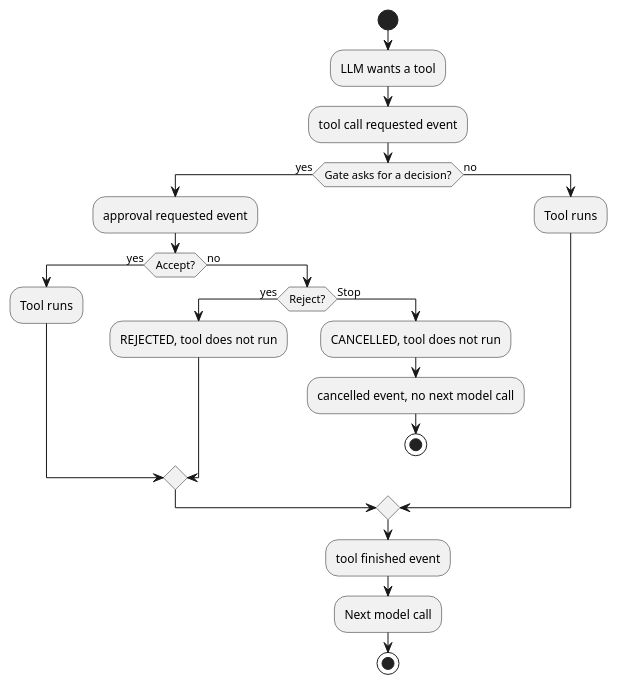
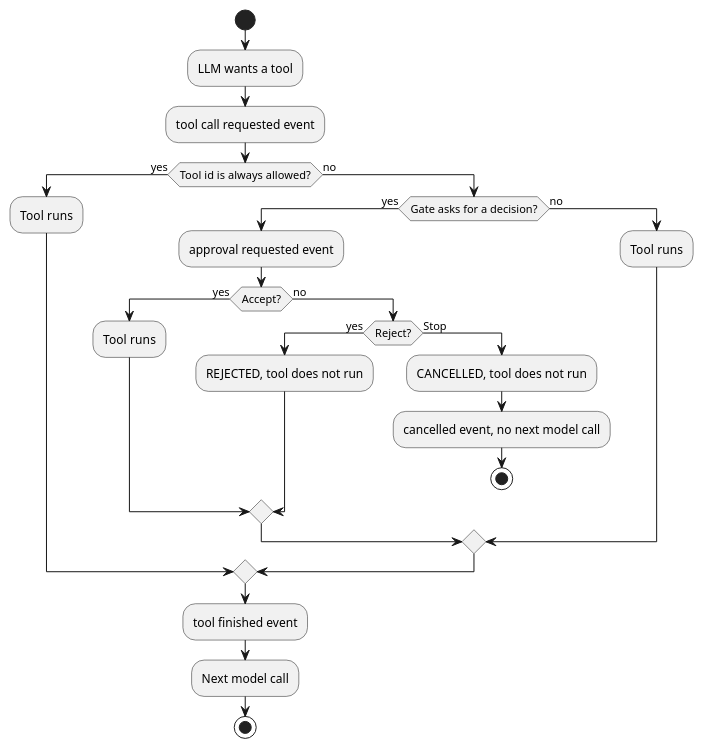
One commit to przemSzer/Desktop-LLM-Client changed the third of 3 diagrams in docs/tools/tool-approval.adoc. Above: the diagram before and after it, drawn with PlantUML. The commit also changed other lines of this file and 25 other files, not shown here.

```diff
--- a/docs/tools/tool-approval.adoc
+++ b/docs/tools/tool-approval.adoc
@@ -100,27 +141,31 @@
 [plantuml]
 ----
 @startuml
 start
 :LLM wants a tool;
 :tool call requested event;
-if (Gate asks for a decision?) then (yes)
-  :approval requested event;
-  if (Accept?) then (yes)
+if (Tool id is always allowed?) then (yes)
+  :Tool runs;
+else (no)
+  if (Gate asks for a decision?) then (yes)
+    :approval requested event;
+    if (Accept?) then (yes)
+      :Tool runs;
+    else (no)
+      if (Reject?) then (yes)
+        :REJECTED, tool does not run;
+      else (Stop)
+        :CANCELLED, tool does not run;
+        :cancelled event, no next model call;
+        stop
+      endif
+    endif
+  else (no)
     :Tool runs;
-  else (no)
-    if (Reject?) then (yes)
-      :REJECTED, tool does not run;
-    else (Stop)
-      :CANCELLED, tool does not run;
-      :cancelled event, no next model call;
-      stop
-    endif
   endif
-else (no)
-  :Tool runs;
 endif
 :tool finished event;
 :Next model call;
 stop
 @enduml
 ----
```
